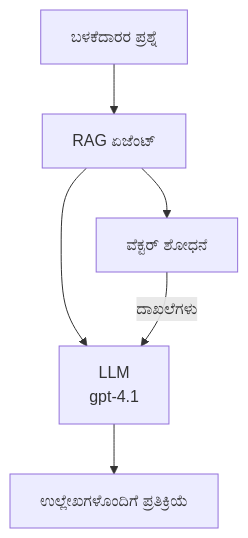
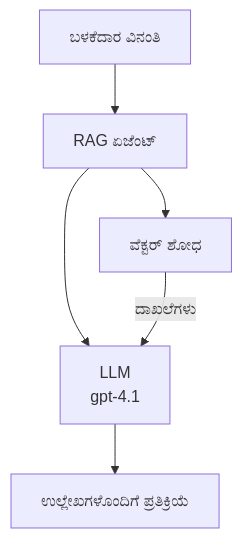
One commit to microsoft/AZD-for-beginners changed the second of 3 diagrams in translations/kn/docs/chapter-02-ai-development/agents.md. Above: the diagram before and after it, drawn with Mermaid. The commit also changed other lines of this file and 101 other files, not shown here.

````diff
--- a/translations/kn/docs/chapter-02-ai-development/agents.md
+++ b/translations/kn/docs/chapter-02-ai-development/agents.md
@@ -170,8 +175,8 @@
 ```mermaid
 graph TD
-    Query[ಬಳಕೆದಾರರ ಪ್ರಶ್ನೆ] --> RAG[RAG ಏಜೆಂಟ್]
-    RAG --> Vector[ವೆಕ್ಟರ್ ಶೋಧನೆ]
+    Query[ಬಳಕೆದಾರ ವಿನಂತಿ] --> RAG[RAG ಏಜೆಂಟ್]
+    RAG --> Vector[ವೆಕ್ಟರ್ ಶೋಧ]
     RAG --> LLM[LLM<br/>gpt-4.1]
     Vector -- ದಾಖಲೆಗಳು --> LLM
     LLM --> Response[ಉಲ್ಲೇಖಗಳೊಂದಿಗೆ ಪ್ರತಿಕ್ರಿಯೆ]
 ```
````
